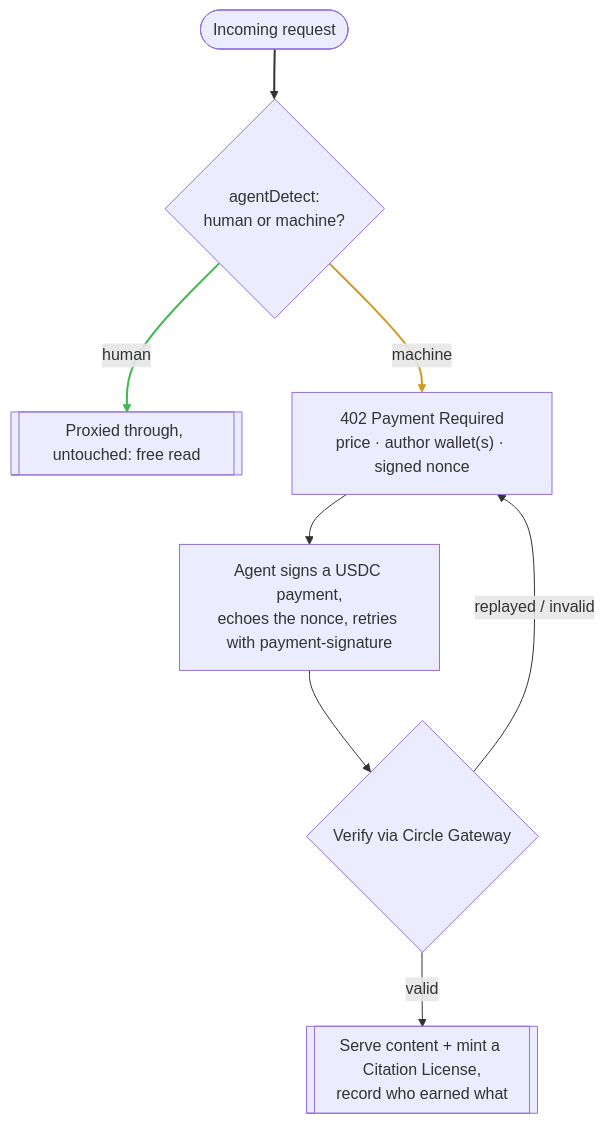
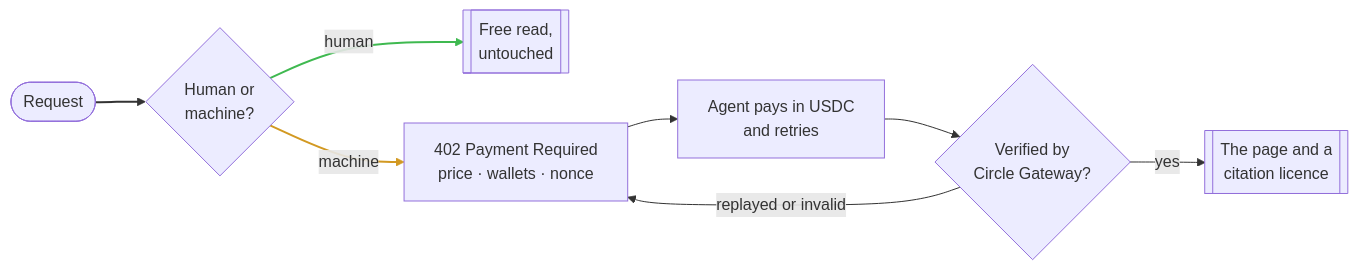
The first of 3 diagrams in README.md (naulonapp/naulon), drawn with Mermaid before and after one commit. The commit also changed other lines of this file and 5 other files, not shown here.

````diff
--- a/README.md
+++ b/README.md
@@ -35,14 +109,14 @@
 ```mermaid
-flowchart TD
-    Req([Incoming request]) --> Cls{"agentDetect:<br/>human or machine?"}
-    Cls -->|human| Free[["Proxied through, untouched: free read"]]
-    Cls -->|machine| Bill["402 Payment Required<br/>price · author wallet(s) · signed nonce"]
-    Bill --> Sign["Agent signs a USDC payment,<br/>echoes the nonce, retries with payment-signature"]
-    Sign --> Verify{"Verify via Circle Gateway"}
-    Verify -->|valid| Serve[["Serve content + mint a Citation License,<br/>record who earned what"]]
-    Verify -->|replayed / invalid| Bill
+flowchart LR
+    Req([Request]) --> Cls{Human or<br/>machine?}
+    Cls -->|human| Free[[Free read,<br/>untouched]]
+    Cls -->|machine| Bill[402 Payment Required<br/>price · wallets · nonce]
+    Bill --> Sign[Agent pays in USDC<br/>and retries]
+    Sign --> Verify{Verified by<br/>Circle Gateway?}
+    Verify -->|yes| Serve[[The page and a<br/>citation licence]]
+    Verify -->|replayed or invalid| Bill
 
     linkStyle 0 stroke-width:2px
     linkStyle 1 stroke:#3fb950,stroke-width:2px
     linkStyle 2 stroke:#d29922,stroke-width:2px
 ```
````
